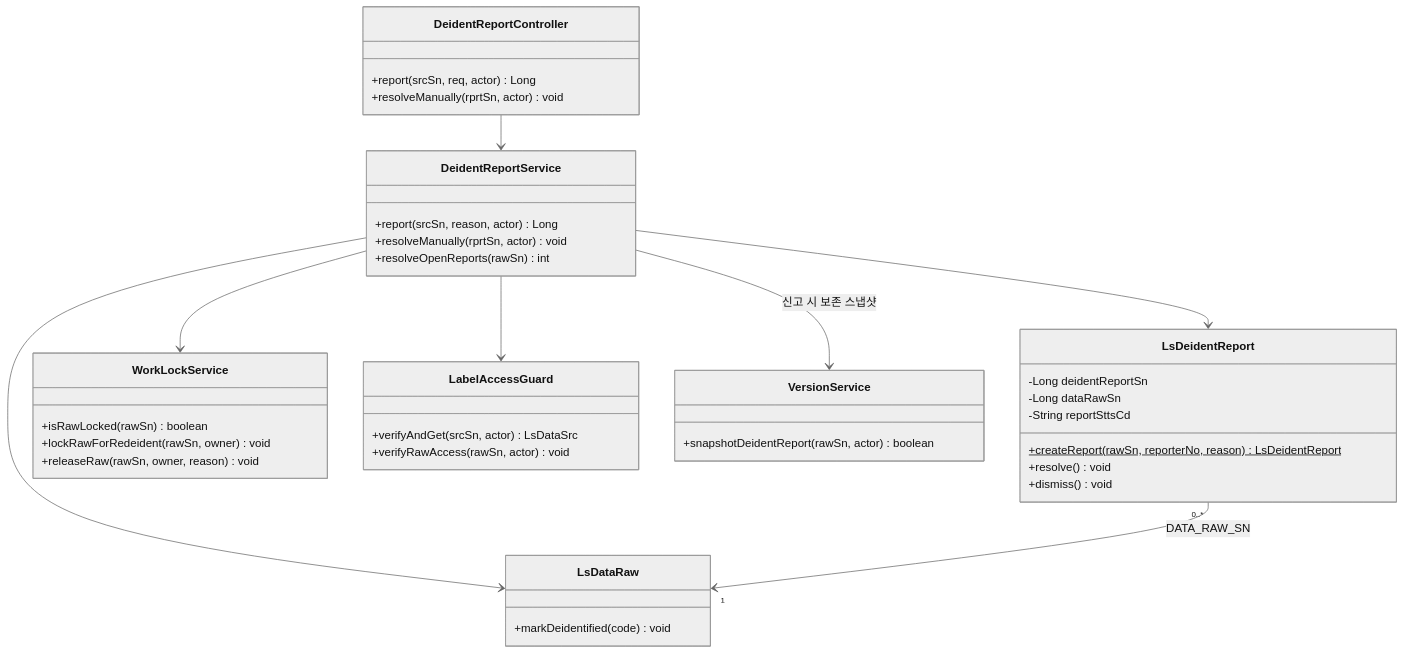
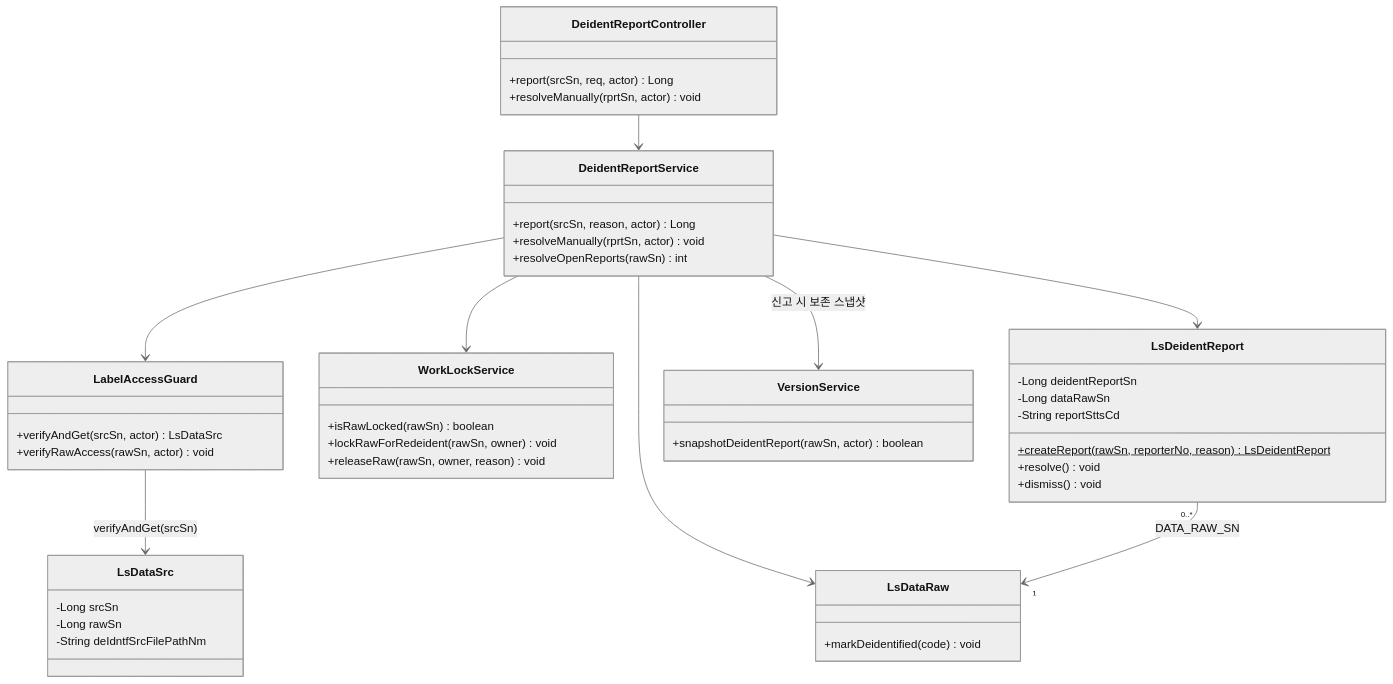
Before and after one commit to New-stella/klid-label: diagram 26 of 26 in docs/design/D1-클래스설계서.md, drawn with Mermaid (neutral theme). The commit also changed other lines of this file and 1 other file, not shown here.

First line of the commit message:
docs(design): LsDataSrc 설계 클래스 등재(DC-047) + D8 매핑 연결

````diff
--- a/docs/design/D1-클래스설계서.md
+++ b/docs/design/D1-클래스설계서.md
@@ -1215,43 +1225,49 @@
 ```mermaid
 classDiagram
     class DeidentReportController {
         +report(srcSn, req, actor) Long
         +resolveManually(rprtSn, actor) void
     }
     class DeidentReportService {
         +report(srcSn, reason, actor) Long
         +resolveManually(rprtSn, actor) void
         +resolveOpenReports(rawSn) int
     }
     class LsDeidentReport {
         -Long deidentReportSn
         -Long dataRawSn
         -String reportSttsCd
         +createReport(rawSn, reporterNo, reason)$ LsDeidentReport
         +resolve() void
         +dismiss() void
     }
     class WorkLockService {
         +isRawLocked(rawSn) boolean
         +lockRawForRedeident(rawSn, owner) void
         +releaseRaw(rawSn, owner, reason) void
     }
     class LabelAccessGuard {
         +verifyAndGet(srcSn, actor) LsDataSrc
         +verifyRawAccess(rawSn, actor) void
     }
+    class LsDataSrc {
+        -Long srcSn
+        -Long rawSn
+        -String deIdntfSrcFilePathNm
+    }
     class VersionService {
         +snapshotDeidentReport(rawSn, actor) boolean
     }
     class LsDataRaw {
         +markDeidentified(code) void
     }
 
     DeidentReportController --> DeidentReportService
     DeidentReportService --> LabelAccessGuard
     DeidentReportService --> WorkLockService
     DeidentReportService --> VersionService : 신고 시 보존 스냅샷
     DeidentReportService --> LsDeidentReport
     DeidentReportService --> LsDataRaw
     LsDeidentReport "0..*" --> "1" LsDataRaw : DATA_RAW_SN
+    LabelAccessGuard --> LsDataSrc : verifyAndGet(srcSn)
 ```
````
